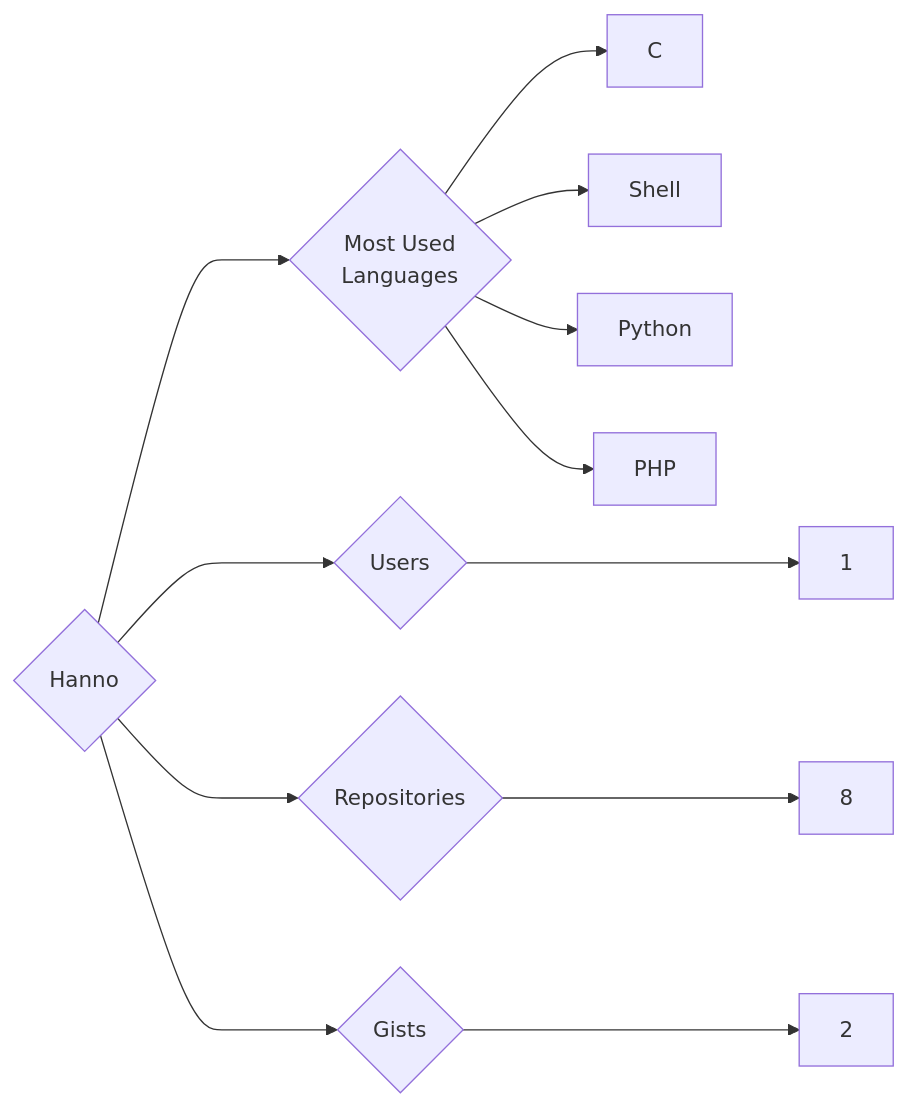
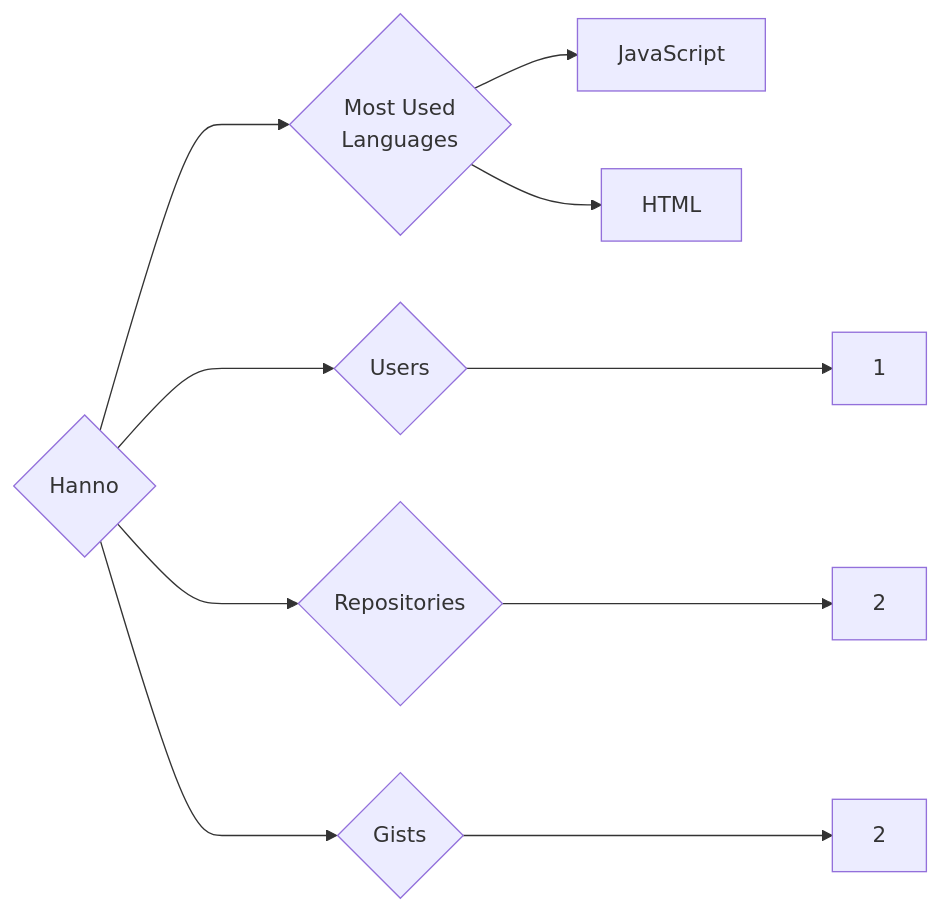
Before and after one commit to trickest/insiders: the diagram in targets/Hanno/README.md, drawn with Mermaid. The commit also changed 899 other files, not shown here.

````diff
--- a/targets/Hanno/README.md
+++ b/targets/Hanno/README.md
@@ -3,12 +3,10 @@
 ```mermaid
 graph LR
 COMPANY_NAME{Hanno}
 COMPANY_NAME ---> U{Users} ---> UN[1]
-COMPANY_NAME ---> R{Repositories} ---> RN[8]
+COMPANY_NAME ---> R{Repositories} ---> RN[2]
 COMPANY_NAME ---> G{Gists} ---> GN[2]
 COMPANY_NAME ---> ML{Most Used<br>Languages}
-ML --> C[C]
-ML --> Shell[Shell]
-ML --> Python[Python]
-ML --> PHP[PHP]
+ML --> JavaScript[JavaScript]
+ML --> HTML[HTML]
 ```
````
